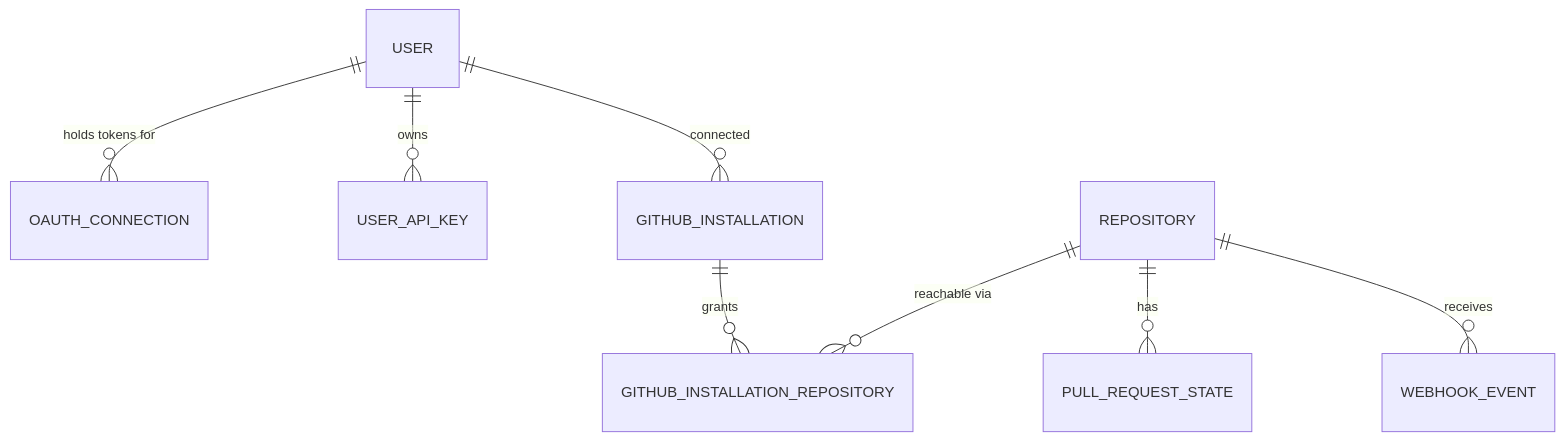
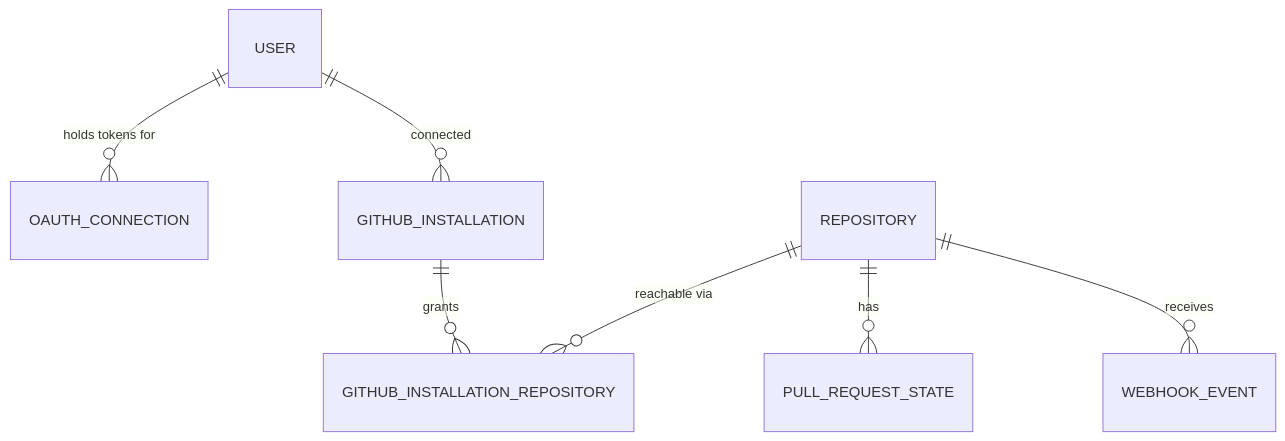
The diagram in documentation/DATABASE.md (stevekinney/tribunal), drawn with Mermaid before and after one commit. The commit also changed other lines of this file and 25 other files, not shown here.

Commit message:
Remove dead user API key surface

````diff
--- a/documentation/DATABASE.md
+++ b/documentation/DATABASE.md
@@ -73,10 +72,9 @@
 ```mermaid
 erDiagram
   USER ||--o{ OAUTH_CONNECTION : "holds tokens for"
-  USER ||--o{ USER_API_KEY : owns
   USER ||--o{ GITHUB_INSTALLATION : connected
   GITHUB_INSTALLATION ||--o{ GITHUB_INSTALLATION_REPOSITORY : grants
   REPOSITORY ||--o{ GITHUB_INSTALLATION_REPOSITORY : "reachable via"
   REPOSITORY ||--o{ PULL_REQUEST_STATE : has
   REPOSITORY ||--o{ WEBHOOK_EVENT : receives
 ```
````
